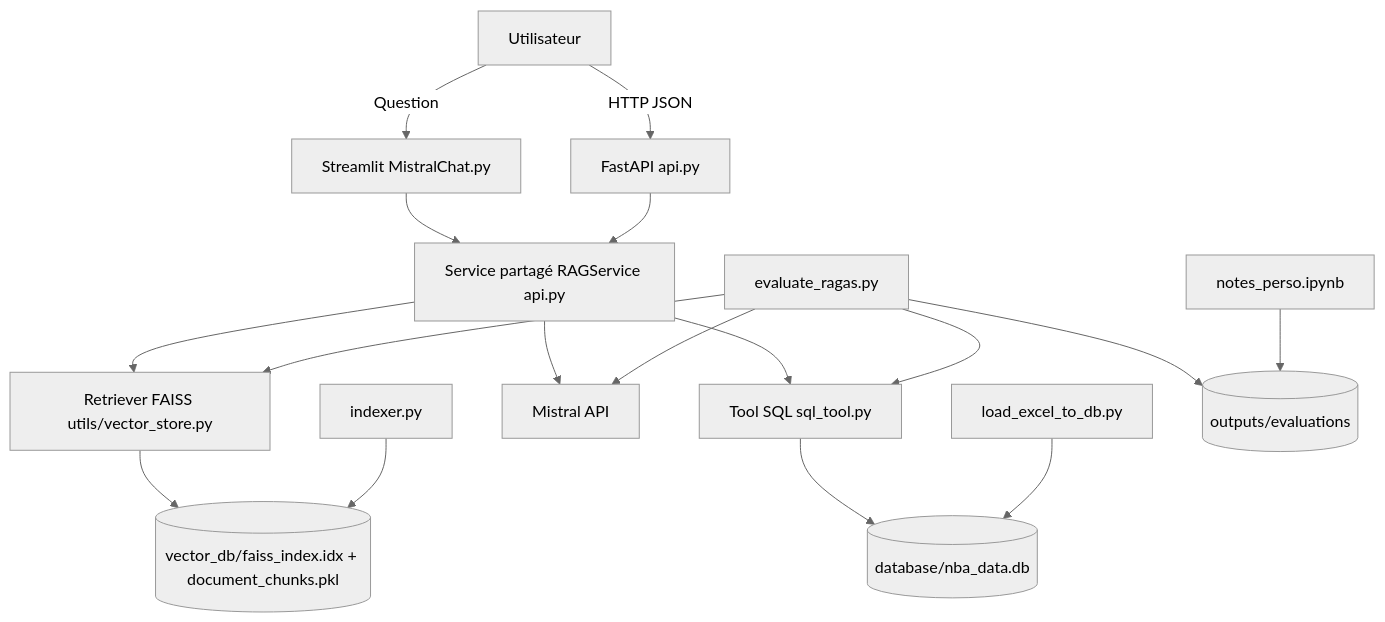
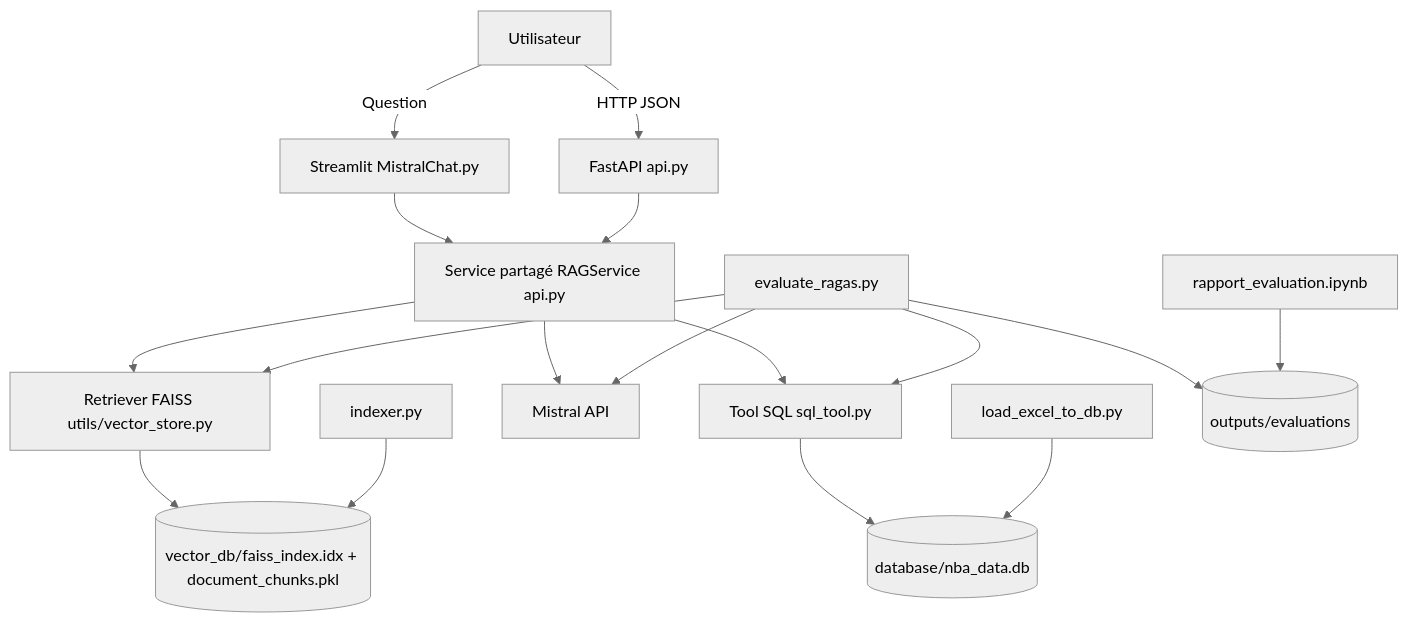
The diagram in README.md (stephmnt/eval_RAGAS), drawn with Mermaid (neutral theme) before and after one commit. The commit also changed other lines of this file, not shown here.

````diff
--- a/README.md
+++ b/README.md
@@ -39,25 +39,25 @@
 ```mermaid
 flowchart TD
     U[Utilisateur] -->|Question| S[Streamlit MistralChat.py]
     U -->|HTTP JSON| A[FastAPI api.py]
 
     S --> G[Service partagé RAGService api.py]
     A --> G
 
     G --> R[Retriever FAISS utils/vector_store.py]
     G --> T[Tool SQL sql_tool.py]
     G --> M[Mistral API]
 
     R --> V[(vector_db/faiss_index.idx + document_chunks.pkl)]
     T --> D[(database/nba_data.db)]
 
     I[indexer.py] --> V
     L[load_excel_to_db.py] --> D
 
     E[evaluate_ragas.py] --> R
     E --> T
     E --> M
     E --> O[(outputs/evaluations)]
 
-    N[notes_perso.ipynb] --> O
+    N[rapport_evaluation.ipynb] --> O
 ```
````
